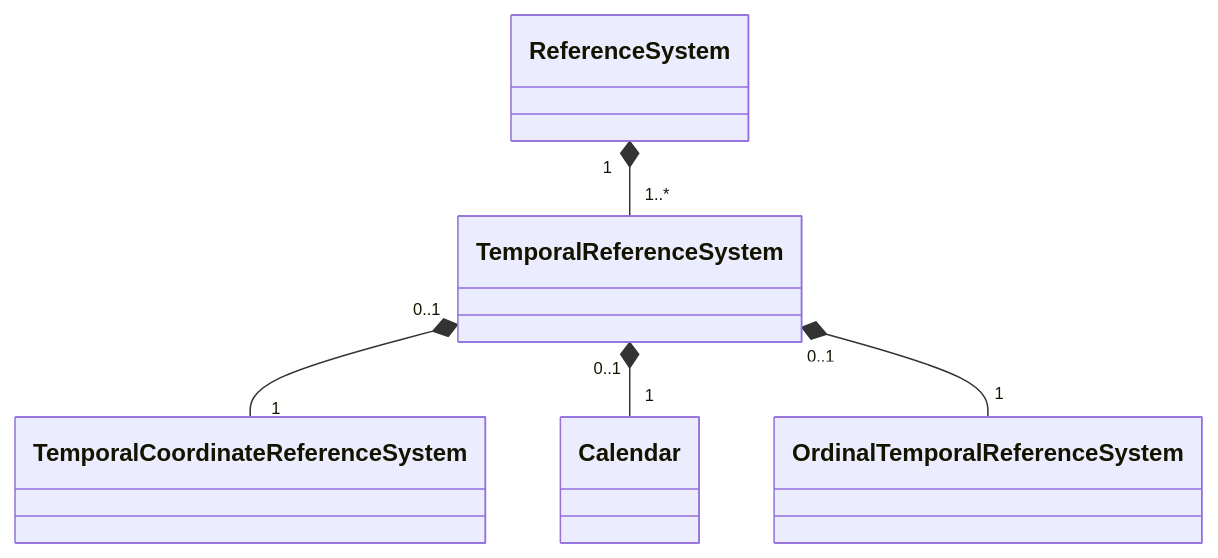
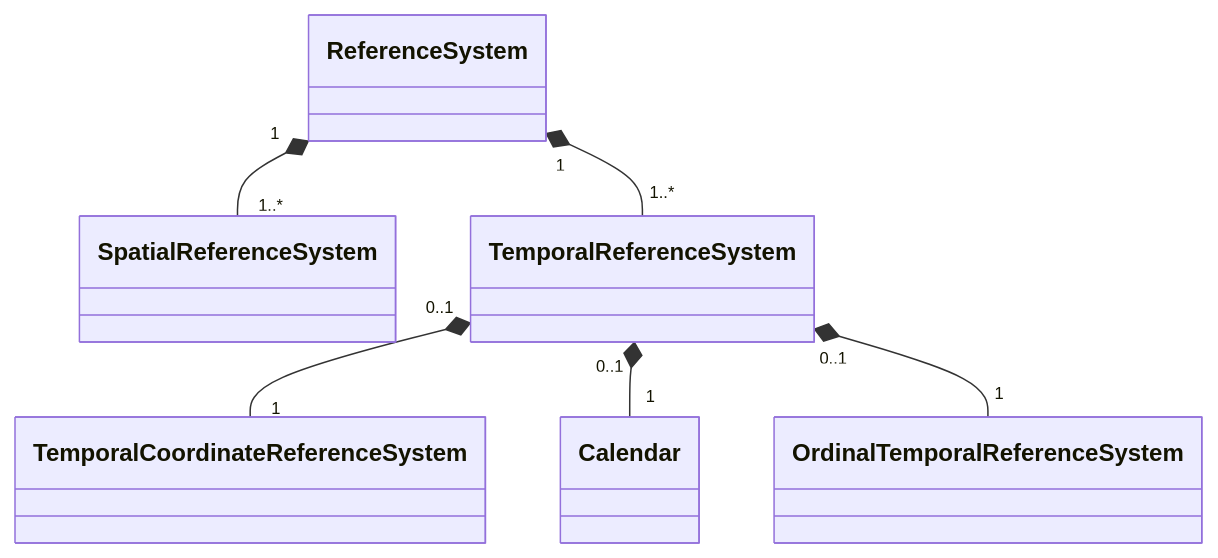
Before and after one commit to opengeospatial/Temporal-Abstract-Spec: the diagram in abstract-specification/sections/06-other-clauses.adoc, drawn with Mermaid. The commit also changed other lines of this file, not shown here.

````diff
--- a/abstract-specification/sections/06-other-clauses.adoc
+++ b/abstract-specification/sections/06-other-clauses.adoc
@@ -19,7 +24,8 @@
 ```mermaid
 classDiagram
+ReferenceSystem "1" *-- "1..*" SpatialReferenceSystem
 ReferenceSystem "1" *-- "1..*" TemporalReferenceSystem
     TemporalReferenceSystem "0..1" *-- "1" TemporalCoordinateReferenceSystem
     TemporalReferenceSystem "0..1" *-- "1" Calendar
     TemporalReferenceSystem "0..1" *-- "1" OrdinalTemporalReferenceSystem
 ```
````
